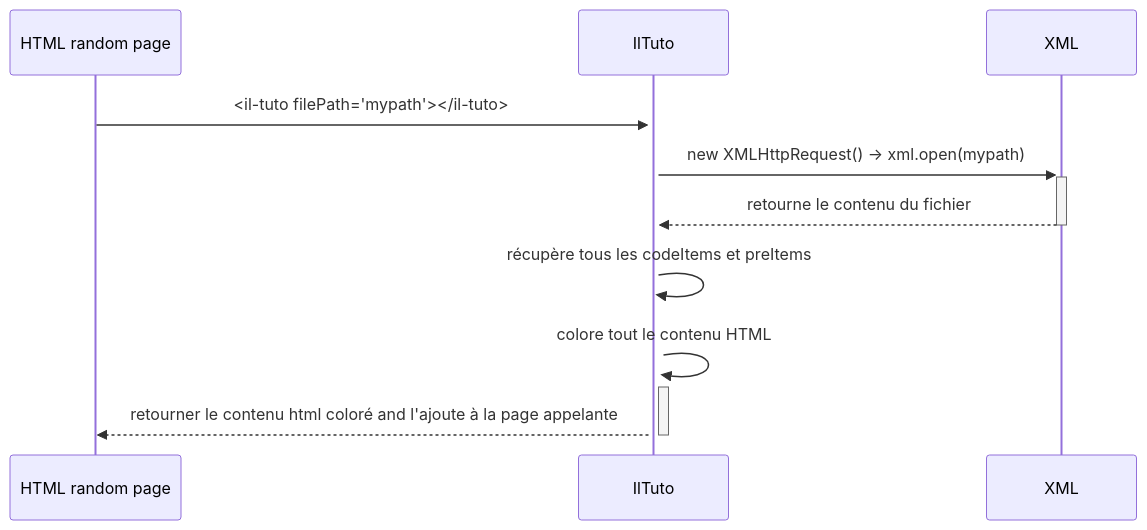
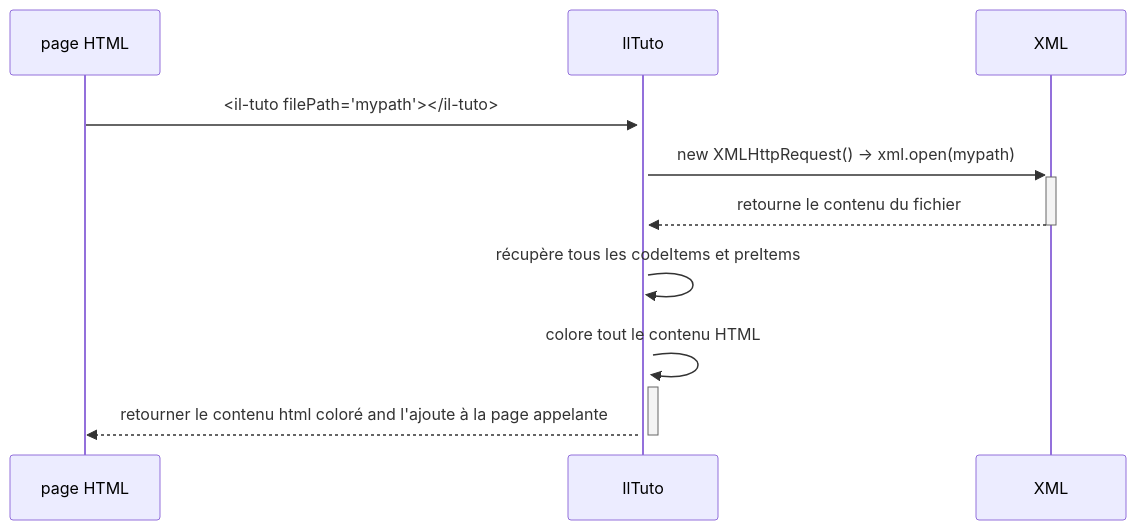
Before and after one commit to liamls/ilog-p1: the diagram in README.md, drawn with Mermaid.

Commit message:
diagramme séquence fix fr

````diff
--- a/README.md
+++ b/README.md
@@ -34,10 +34,10 @@
 ```mermaid
 sequenceDiagram
-    HTML random page->>+IlTuto: <il-tuto filePath="mypath"></il-tuto>
+    page HTML->>+IlTuto: <il-tuto filePath="mypath"></il-tuto>
     IlTuto->>+XML: new XMLHttpRequest() -> xml.open(mypath);
     XML-->>-IlTuto: retourne le contenu du fichier
     IlTuto->>+IlTuto: récupère tous les codeItems et preItems
     IlTuto->>+IlTuto: colore tout le contenu HTML
-    IlTuto-->>-HTML random page: retourner le contenu html coloré and l'ajoute à la page appelante
+    IlTuto-->>-page HTML: retourner le contenu html coloré and l'ajoute à la page appelante
 
 ```
````
